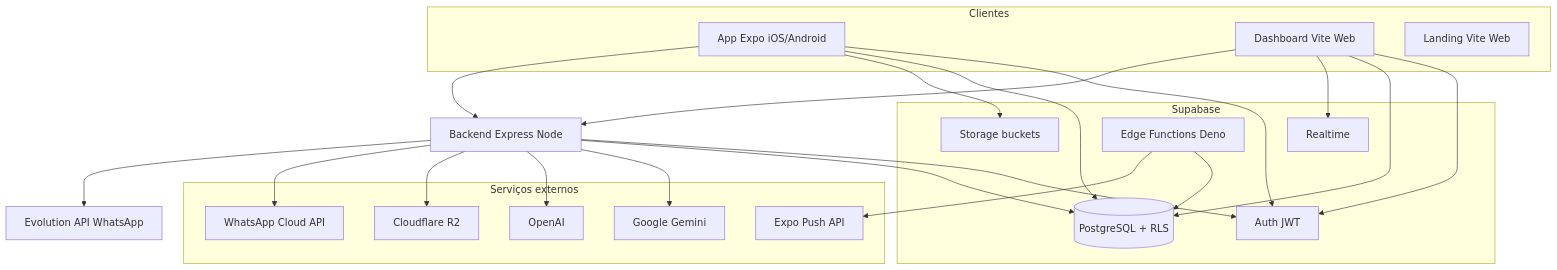
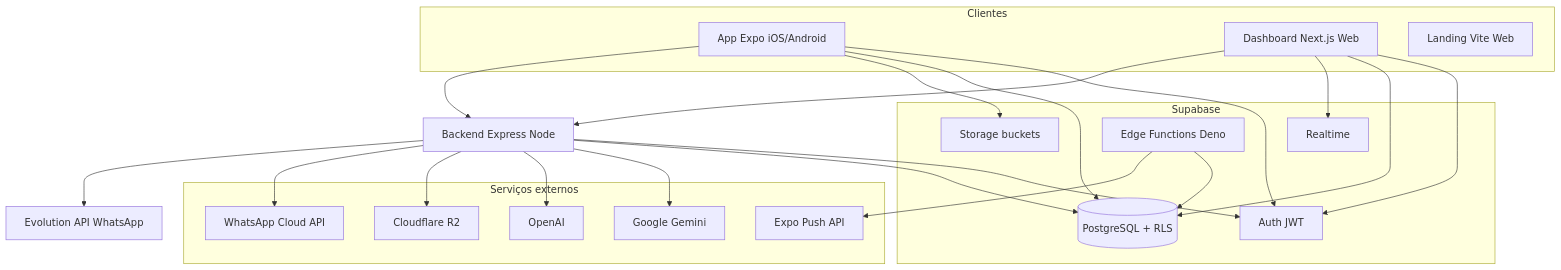
One commit to tgtdigital45-mvp/lore changed the first of 4 diagrams in README.md. Above: the diagram before and after it, drawn with Mermaid. The commit also changed other lines of this file and 11 other files, not shown here.

````diff
--- a/README.md
+++ b/README.md
@@ -50,41 +50,41 @@
 ```mermaid
 flowchart TB
   subgraph clients [Clientes]
     Mobile[App Expo iOS/Android]
-    Dash[Dashboard Vite Web]
+    Dash[Dashboard Next.js Web]
     Land[Landing Vite Web]
   end
   subgraph supa [Supabase]
     Auth[Auth JWT]
     PG[(PostgreSQL + RLS)]
     Storage[Storage buckets]
     RT[Realtime]
     EF[Edge Functions Deno]
   end
   subgraph cloud [Serviços externos]
     Gemini[Google Gemini]
     OAI[OpenAI]
     R2[Cloudflare R2]
     WA[WhatsApp Cloud API]
     ExpoPush[Expo Push API]
   end
   BE[Backend Express Node]
   Evo[Evolution API WhatsApp]
   Mobile --> Auth
   Mobile --> PG
   Mobile --> Storage
   Mobile --> BE
   Dash --> Auth
   Dash --> PG
   Dash --> RT
   Dash --> BE
   BE --> Auth
   BE --> PG
   BE --> Gemini
   BE --> OAI
   BE --> R2
   BE --> WA
   BE --> Evo
   EF --> PG
   EF --> ExpoPush
 ```
````
